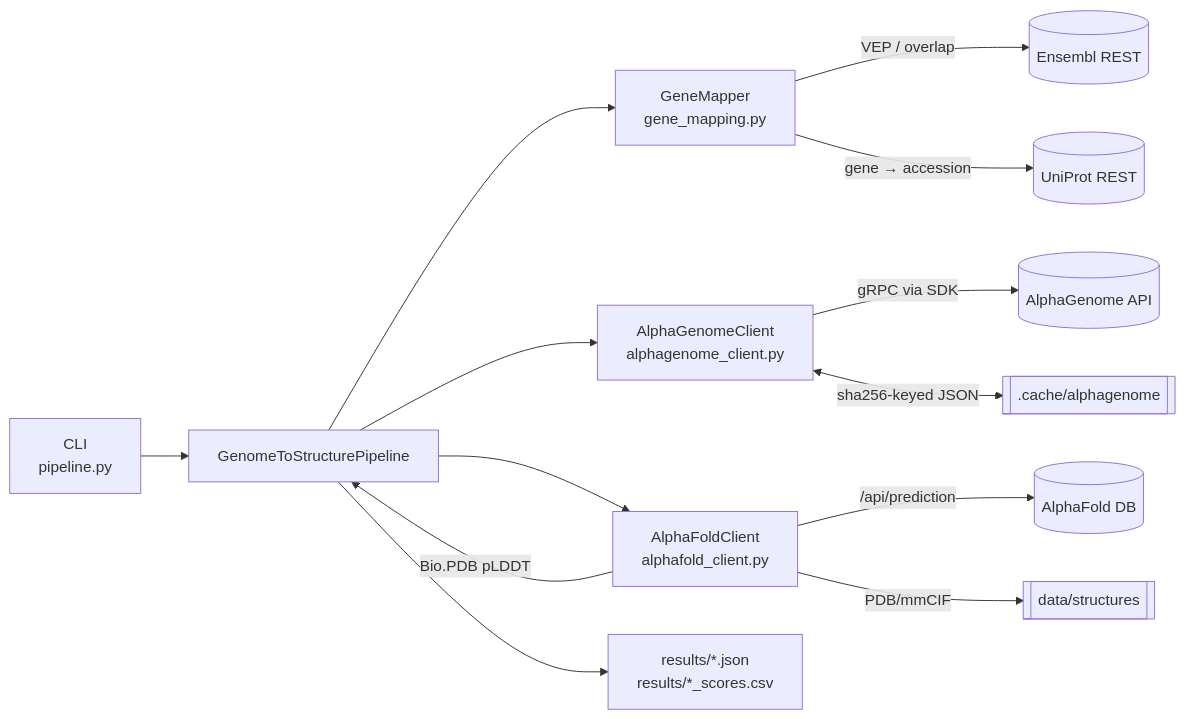
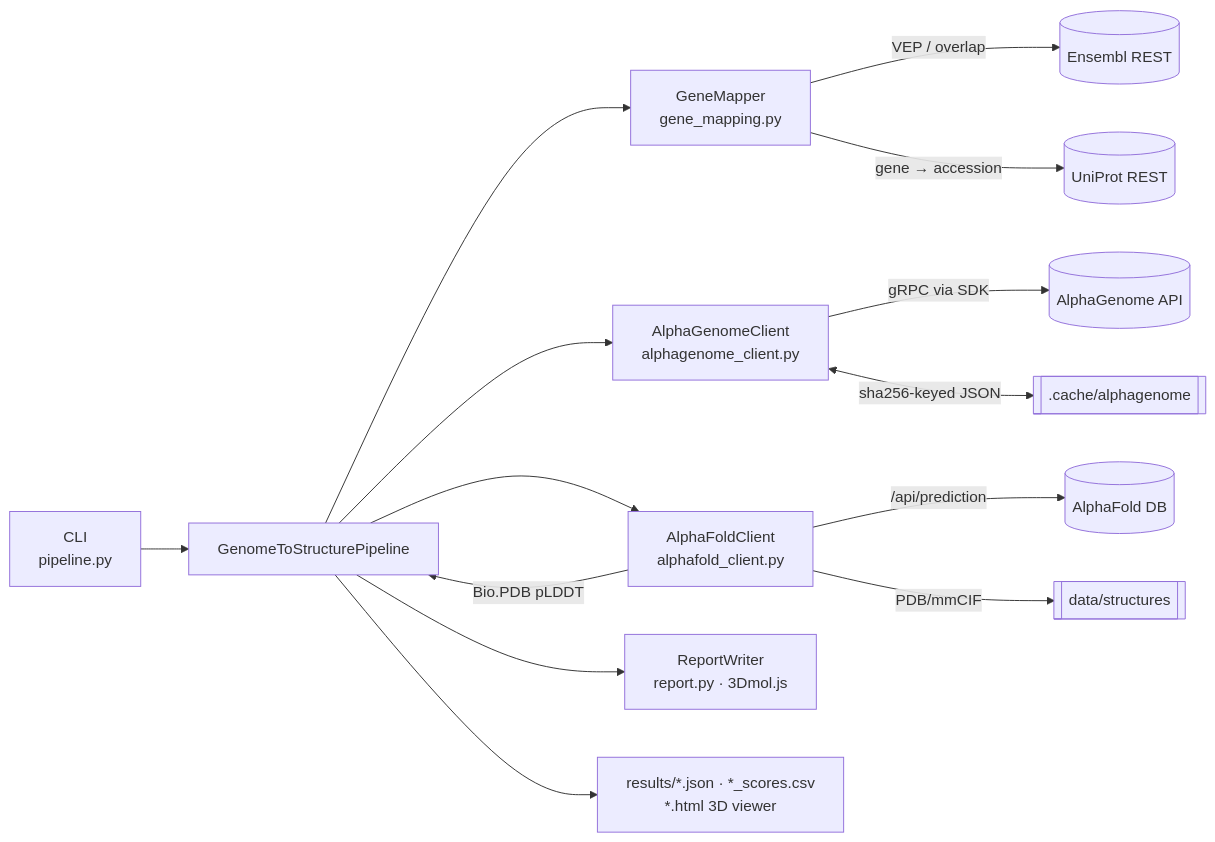
Before and after one commit to amarcos20/var2fold: the diagram in README.md, drawn with Mermaid. The commit also changed other lines of this file and 4 other files, not shown here.

````diff
--- a/README.md
+++ b/README.md
@@ -13,17 +15,18 @@
 ```mermaid
 flowchart LR
     CLI["CLI<br/>pipeline.py"] --> P[GenomeToStructurePipeline]
     P --> GM["GeneMapper<br/>gene_mapping.py"]
     P --> AG["AlphaGenomeClient<br/>alphagenome_client.py"]
     P --> AF["AlphaFoldClient<br/>alphafold_client.py"]
 
     GM -->|VEP / overlap| ENS[(Ensembl REST)]
     GM -->|gene → accession| UP[(UniProt REST)]
     AG -->|gRPC via SDK| AGAPI[(AlphaGenome API)]
     AG <-->|sha256-keyed JSON| CACHE[[.cache/alphagenome]]
     AF -->|/api/prediction| AFDB[(AlphaFold DB)]
     AF -->|PDB/mmCIF| FILES[[data/structures]]
     AF -->|Bio.PDB pLDDT| P
+    P --> R["ReportWriter<br/>report.py · 3Dmol.js"]
 
-    P --> OUT["results/*.json<br/>results/*_scores.csv"]
+    P --> OUT["results/*.json · *_scores.csv<br/>*.html 3D viewer"]
 ```
````
